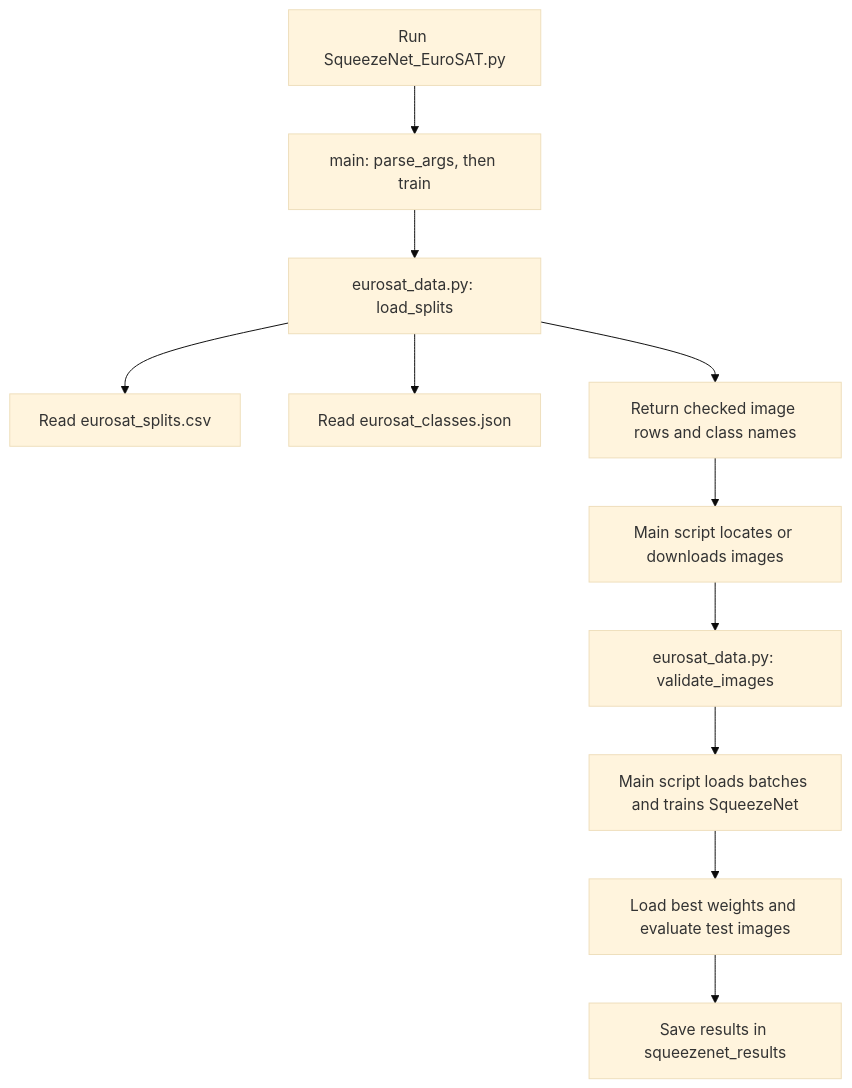
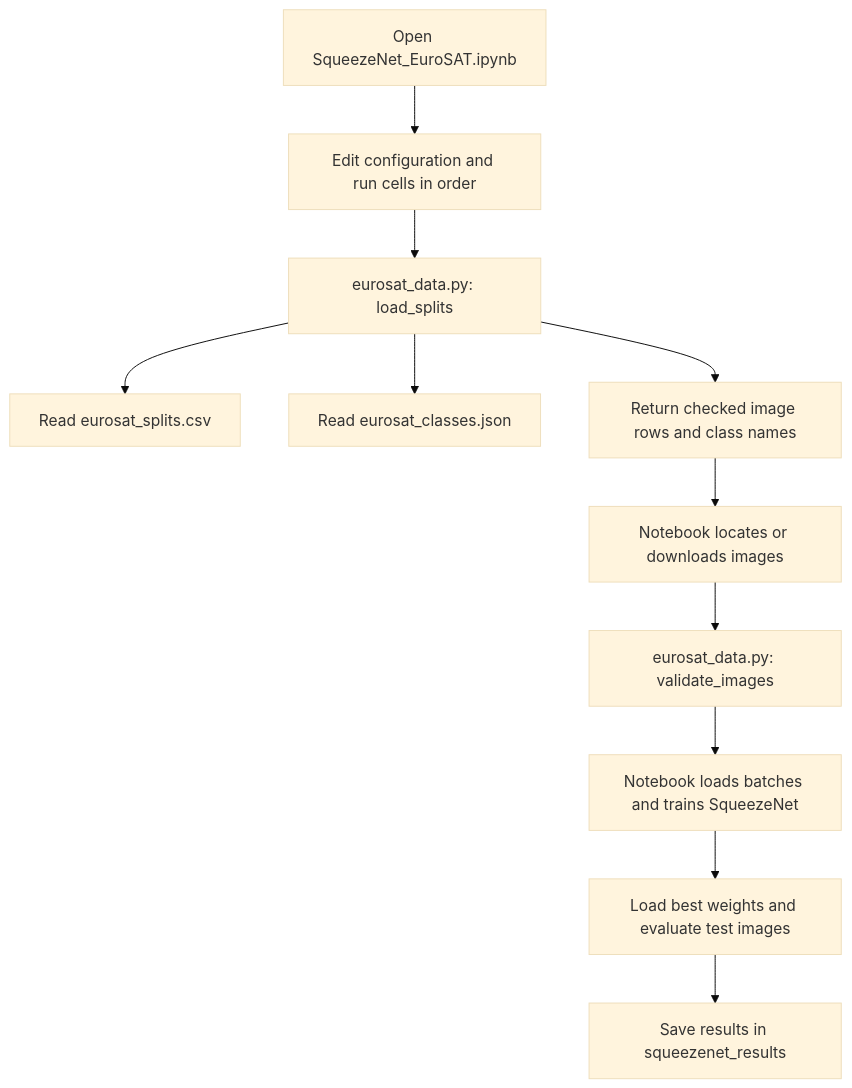
One commit to hirunanimesh/EuroSAT-CNN-Classification changed the diagram in README.md. Above: the diagram before and after it, drawn with Mermaid (base theme). The commit also changed other lines of this file and 3 other files, not shown here.

Commit message:
docs: switch project entry point to the SqueezeNet notebook

````diff
--- a/README.md
+++ b/README.md
@@ -114,13 +125,13 @@
 ```mermaid
 flowchart TD
-    A[Run SqueezeNet_EuroSAT.py] --> B[main: parse_args, then train]
+    A[Open SqueezeNet_EuroSAT.ipynb] --> B[Edit configuration and run cells in order]
     B --> C[eurosat_data.py: load_splits]
     C --> D[Read eurosat_splits.csv]
     C --> E[Read eurosat_classes.json]
     C --> F[Return checked image rows and class names]
-    F --> G[Main script locates or downloads images]
+    F --> G[Notebook locates or downloads images]
     G --> H[eurosat_data.py: validate_images]
-    H --> I[Main script loads batches and trains SqueezeNet]
+    H --> I[Notebook loads batches and trains SqueezeNet]
     I --> J[Load best weights and evaluate test images]
     J --> K[Save results in squeezenet_results]
 ```
````
